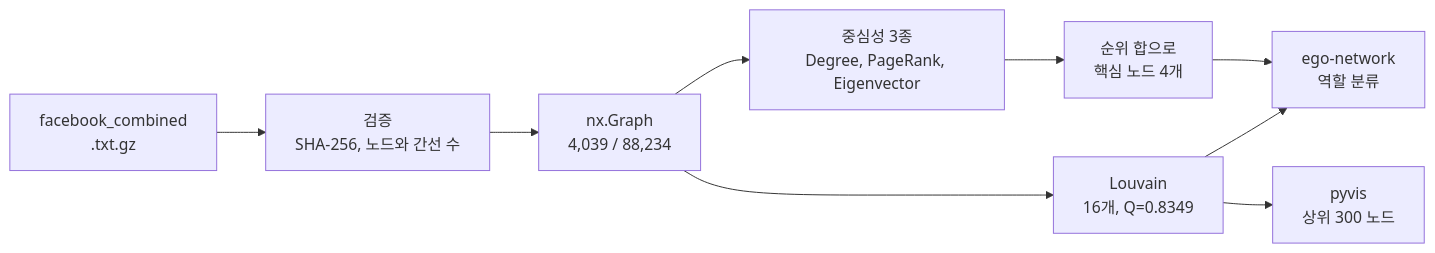
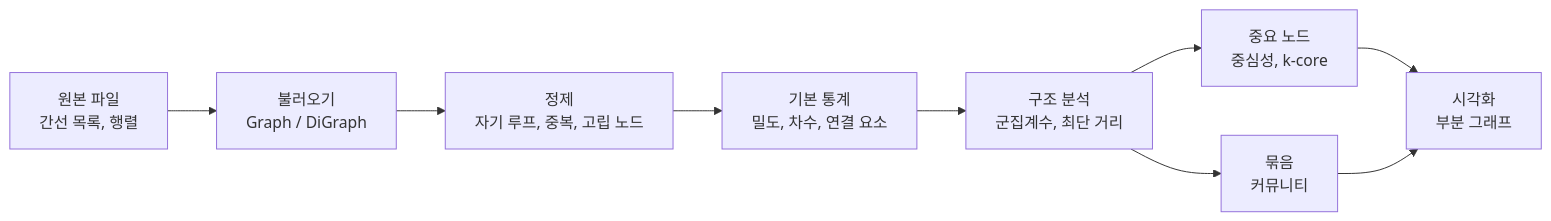
Before and after one commit to YoungHoonKo/younghoonko.github.io: the diagram in _posts/2026-11-06-Data Science_10.md, drawn with Mermaid. The commit also changed other lines of this file and 3 other files, not shown here.

````diff
--- a/_posts/2026-11-06-Data Science_10.md
+++ b/_posts/2026-11-06-Data Science_10.md
@@ -38,11 +46,11 @@
 ```mermaid
 flowchart LR
-    A["facebook_combined<br/>.txt.gz"] --> B["검증<br/>SHA-256, 노드와 간선 수"]
-    B --> C["nx.Graph<br/>4,039 / 88,234"]
-    C --> D["중심성 3종<br/>Degree, PageRank, Eigenvector"]
-    C --> E["Louvain<br/>16개, Q=0.8349"]
-    D --> F["순위 합으로<br/>핵심 노드 4개"]
-    E --> G["ego-network<br/>역할 분류"]
-    F --> G
-    E --> H["pyvis<br/>상위 300 노드"]
+    A["원본 파일<br/>간선 목록, 행렬"] --> B["불러오기<br/>Graph / DiGraph"]
+    B --> C["정제<br/>자기 루프, 중복, 고립 노드"]
+    C --> D["기본 통계<br/>밀도, 차수, 연결 요소"]
+    D --> E["구조 분석<br/>군집계수, 최단 거리"]
+    E --> F["중요 노드<br/>중심성, k-core"]
+    E --> G["묶음<br/>커뮤니티"]
+    F --> H["시각화<br/>부분 그래프"]
+    G --> H
 ```
````
